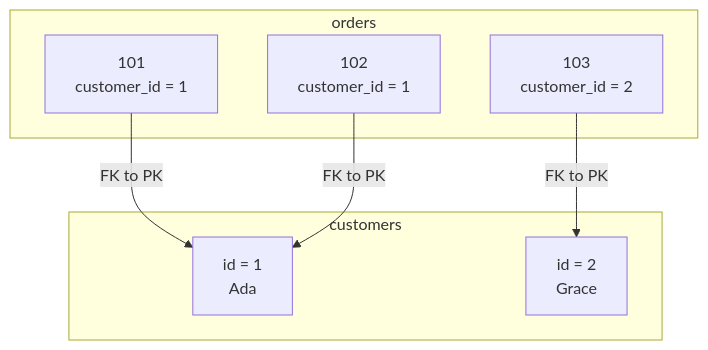
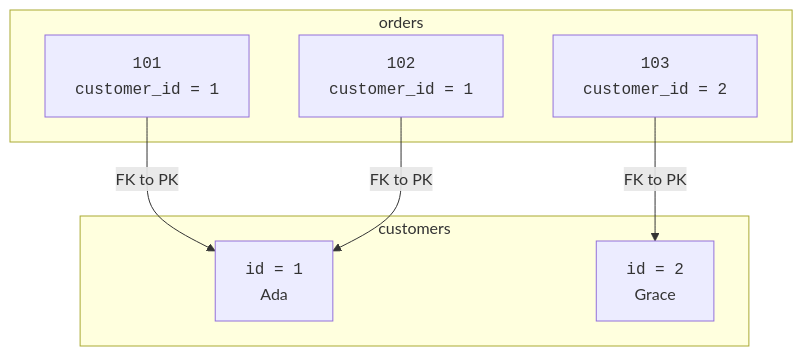
The fourth of 4 diagrams in content/learn/sqlite-for-beginners/foreign-keys.mdx (dataslope/dataslope), drawn with Mermaid before and after one commit. The commit also changed other lines of this file and 218 other files, not shown here.

First line of the commit message:
Render code-only mermaid shapes in monospace; convert step sequences to Steps (#467)

````diff
--- a/content/learn/sqlite-for-beginners/foreign-keys.mdx
+++ b/content/learn/sqlite-for-beginners/foreign-keys.mdx
@@ -179,15 +179,15 @@
 ```mermaid
 flowchart TB
     subgraph C["customers"]
-        C1["id = 1<br/>Ada"]
-        C2["id = 2<br/>Grace"]
+        C1["<code>id = 1</code><br/>Ada"]
+        C2["<code>id = 2</code><br/>Grace"]
     end
     subgraph O["orders"]
-        O1["101<br/>customer_id = 1"]
-        O2["102<br/>customer_id = 1"]
-        O3["103<br/>customer_id = 2"]
+        O1["<code>101<br/>customer_id = 1</code>"]
+        O2["<code>102<br/>customer_id = 1</code>"]
+        O3["<code>103<br/>customer_id = 2</code>"]
     end
     O1 -->|"FK to PK"| C1
     O2 -->|"FK to PK"| C1
     O3 -->|"FK to PK"| C2
 ```
````
